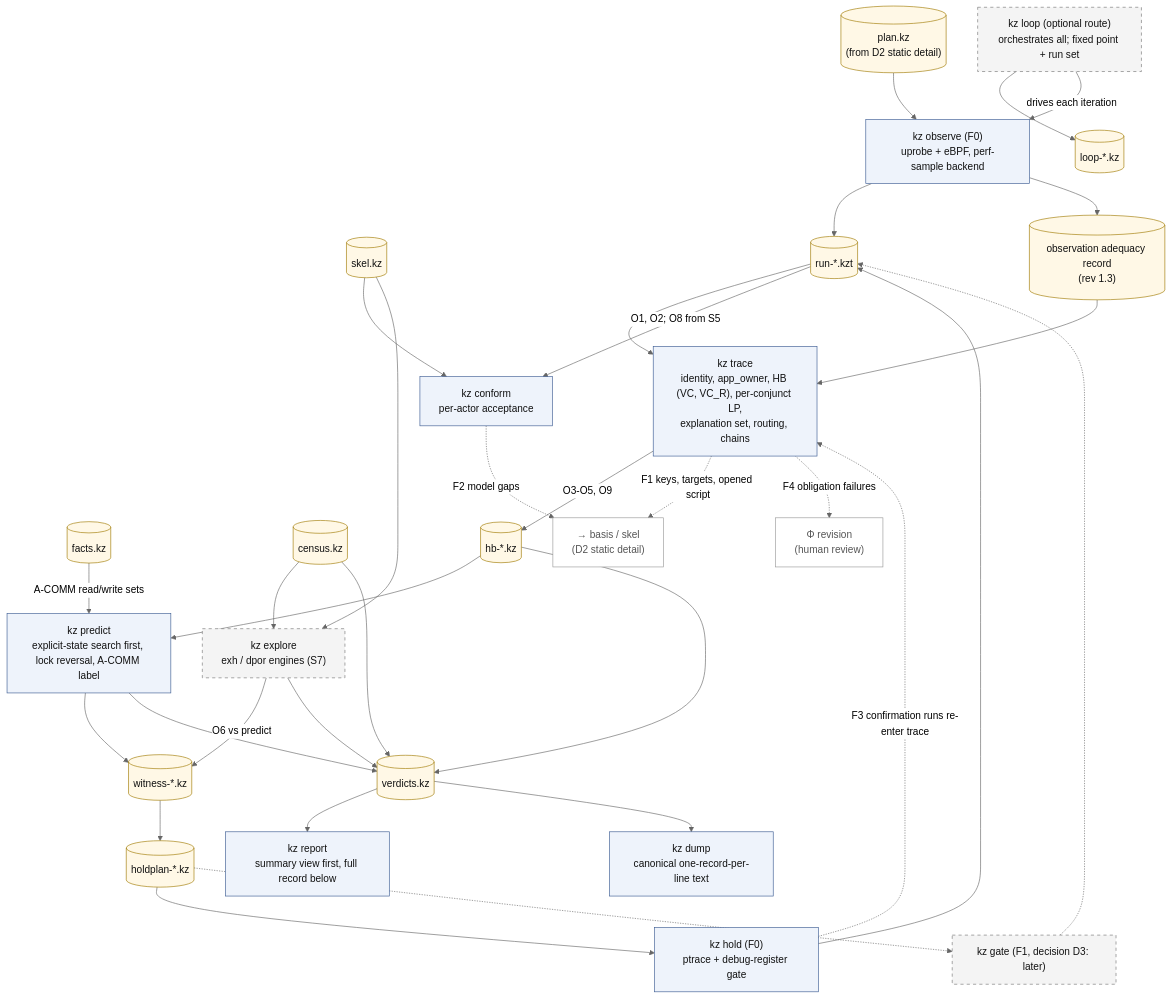
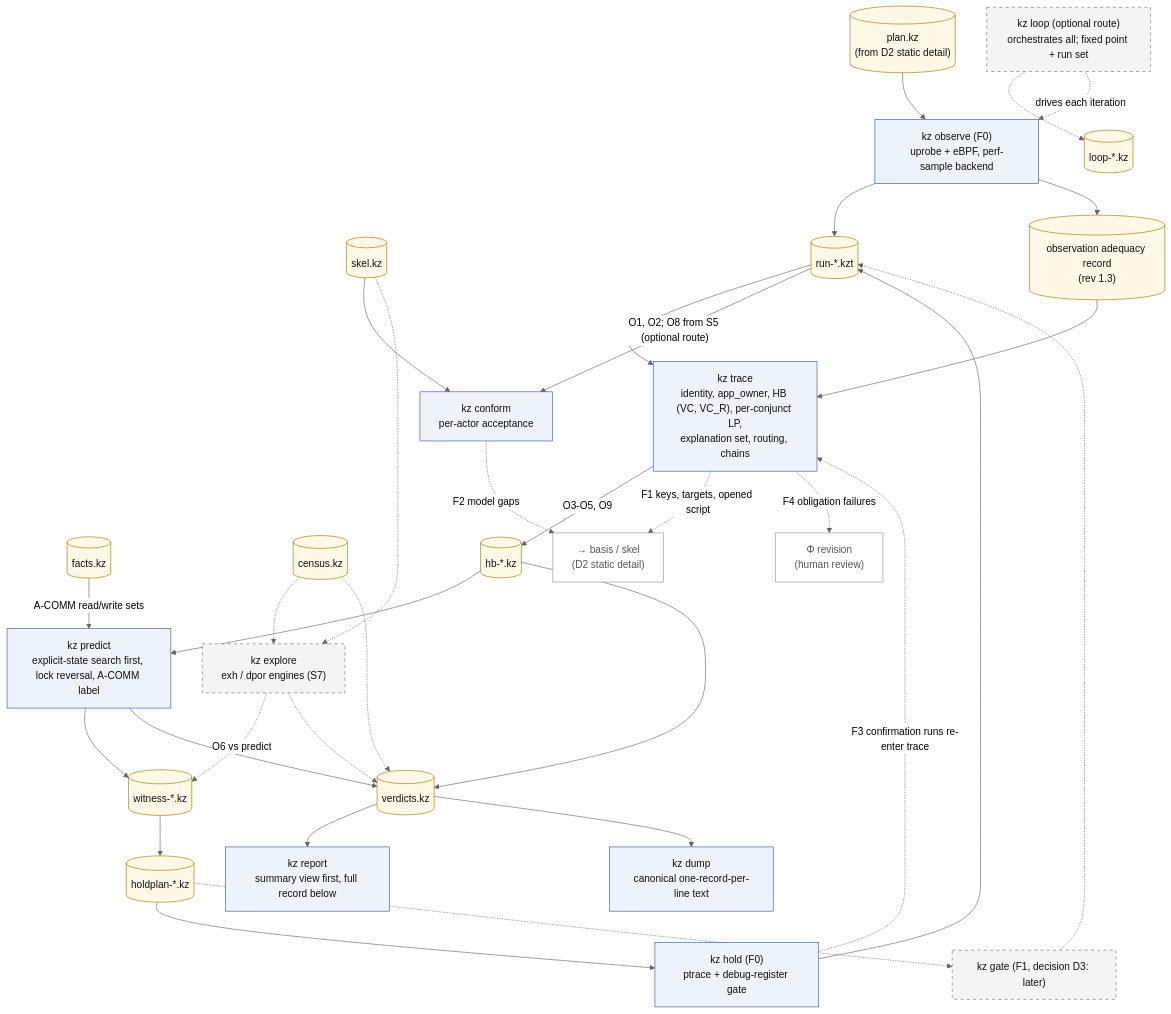
Before and after one commit to wookjaeya/Shape-Perf: the fourth of 4 diagrams in research/cfs_procrace/Architecture/02_architecture.md, drawn with Mermaid (neutral theme). The commit also changed other lines of this file and 41 other files, not shown here.

First line of the commit message:
rev 1.3 diagrams: D0-D4, D6-D9 updated and re-rendered (mermaid-cli 11.17.0); diagrams README at rev 1.3; embedded figure blocks in 01-10 synced with the sources

````diff
--- a/research/cfs_procrace/Architecture/02_architecture.md
+++ b/research/cfs_procrace/Architecture/02_architecture.md
@@ -650,73 +654,74 @@
 ```mermaid
 flowchart TD
     %% D2 detail (2/2) - observation, concrete and operational interpreters, confirmation, verdicts, loop.
     %% Source: spec §12 D2 (rev 1.3, C-48); §2.2-2.5, §4.8-4.14.
-    %% Dashed border = optional route (rev 1.3, ADR-053: explore, gate, loop) or gated (explore: S7; gate: later, decision D3). Dashed edge = feedback F1-F4.
+    %% Dashed border = optional route (rev 1.3, ADR-053: explore, gate, loop) or gated (explore: S7; gate: later, decision D3).
+    %% Dashed edge = optional-route flow (explore, census, gate, loop) or feedback F1-F4. conform's O8 is an optional route too.
 
     PK[("plan.kz<br/>(from D2 static detail)")]
     SK[("skel.kz")]
     FK[("facts.kz")]
     CEN[("census.kz")]
 
     OBS["kz observe (F0)<br/>uprobe + eBPF, perf-sample backend"]
     RUN[("run-*.kzt")]
     ADQ[("observation adequacy record<br/>(rev 1.3)")]
     TRC["kz trace<br/>identity, app_owner, HB (VC, VC_R), per-conjunct LP,<br/>explanation set, routing, chains"]
     HB[("hb-*.kz")]
     CNF["kz conform<br/>per-actor acceptance"]
     PRD["kz predict<br/>explicit-state search first, lock reversal, A-COMM label"]
     EXP["kz explore<br/>exh / dpor engines (S7)"]
     WIT[("witness-*.kz")]
     HPL[("holdplan-*.kz")]
     HLD["kz hold (F0)<br/>ptrace + debug-register gate"]
     GAT["kz gate (F1, decision D3: later)"]
     VER[("verdicts.kz")]
     REP["kz report<br/>summary view first, full record below"]
     DMP["kz dump<br/>canonical one-record-per-line text"]
     LOOP["kz loop (optional route)<br/>orchestrates all; fixed point + run set"]
     LK[("loop-*.kz")]
 
     BASK["→ basis / skel<br/>(D2 static detail)"]
     PROF["Φ revision<br/>(human review)"]
 
     PK --> OBS --> RUN
     RUN --> TRC
     OBS --> ADQ
     ADQ --> TRC
     TRC -->|"O3-O5, O9"| HB
-    RUN -->|"O1, O2; O8 from S5"| CNF
+    RUN -->|"O1, O2; O8 from S5 (optional route)"| CNF
     SK --> CNF
     HB --> PRD
     FK -->|"A-COMM read/write sets"| PRD
     PRD --> WIT
-    SK --> EXP
-    CEN --> EXP
-    EXP -->|"O6 vs predict"| WIT
+    SK -.-> EXP
+    CEN -.-> EXP
+    EXP -.->|"O6 vs predict"| WIT
     WIT --> HPL
     HPL --> HLD
     HPL -.-> GAT
     HLD --> RUN
     GAT -.-> RUN
-    CEN --> VER
+    CEN -.-> VER
     HB --> VER
     PRD --> VER
-    EXP --> VER
+    EXP -.-> VER
     VER --> REP
     VER --> DMP
-    LOOP --> LK
-    LOOP -->|"drives each iteration"| OBS
+    LOOP -.-> LK
+    LOOP -.->|"drives each iteration"| OBS
 
     TRC -.->|"F1 keys, targets, opened script"| BASK
     CNF -.->|"F2 model gaps"| BASK
     HLD -.->|"F3 confirmation runs re-enter trace"| TRC
     TRC -.->|"F4 obligation failures"| PROF
 
     classDef comp fill:#eef3fb,stroke:#3b5b92,color:#111
     classDef art fill:#fff8e6,stroke:#a07a00,color:#111
     classDef gated fill:#f4f4f4,stroke:#777,stroke-dasharray:5 5,color:#111
     classDef ref fill:#ffffff,stroke:#999,color:#555
     class OBS,TRC,CNF,PRD,HLD,REP,DMP comp
     class PK,SK,FK,CEN,RUN,ADQ,HB,WIT,HPL,VER,LK art
     class EXP,GAT,LOOP gated
     class BASK,PROF ref
 ```
````
